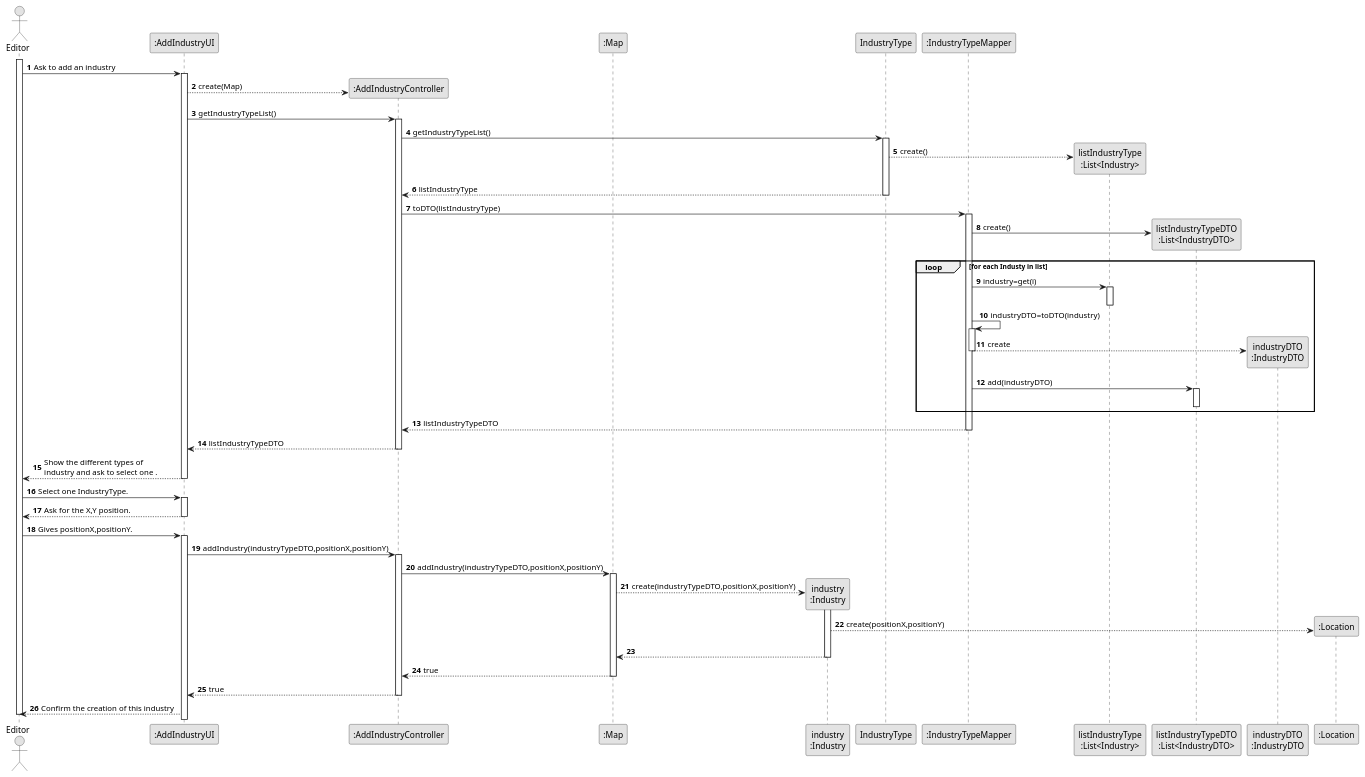
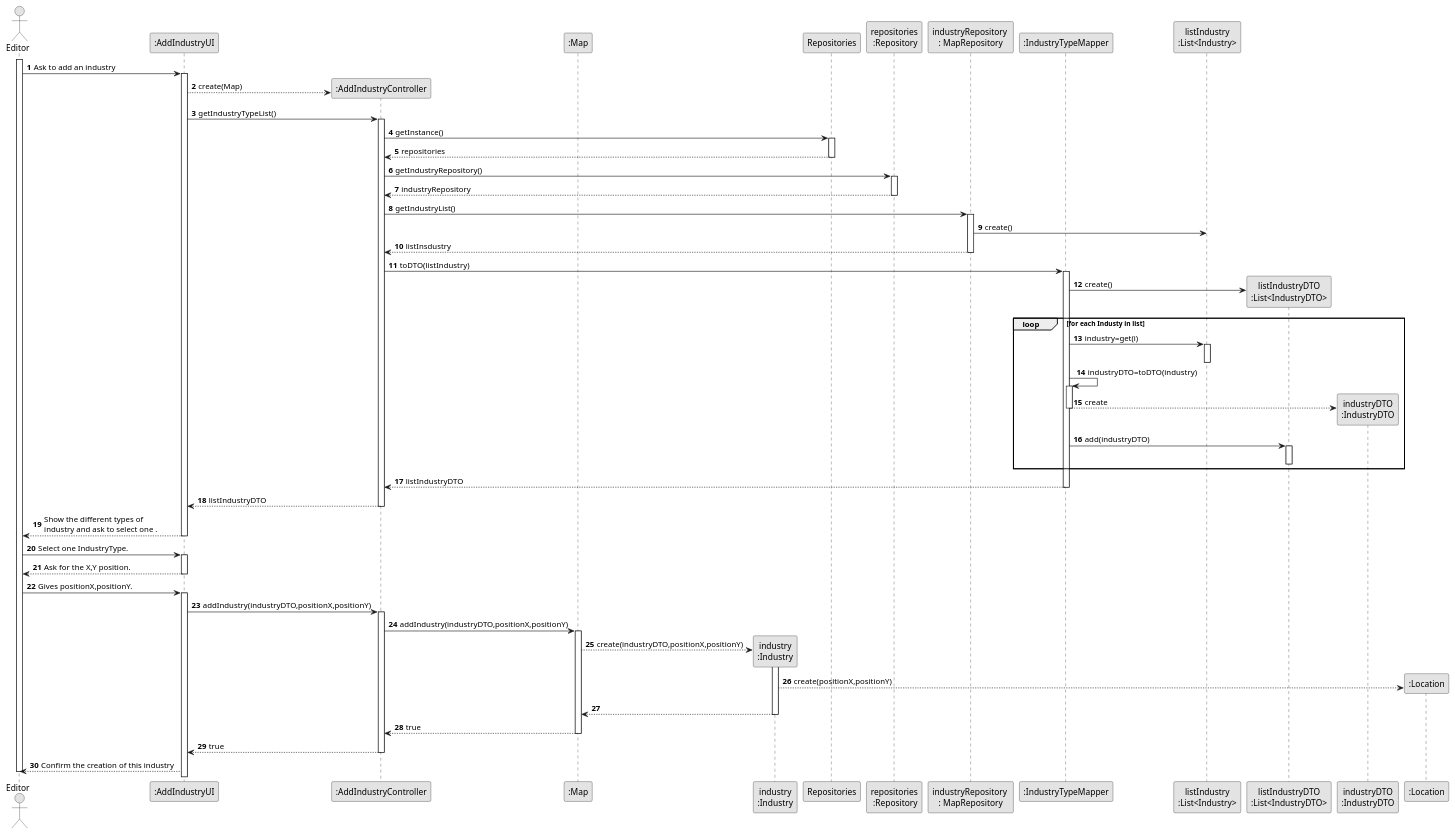
The diagram in docs/system-documentation/US002/03.design/puml/US002-SD-full.puml (1240826/empire-on-tracks), drawn with PlantUML before and after one commit.

```diff
--- a/docs/system-documentation/US002/03.design/puml/US002-SD-full.puml
+++ b/docs/system-documentation/US002/03.design/puml/US002-SD-full.puml
@@ -1,88 +1,101 @@
 @startuml
 skinparam monochrome true
 skinparam packageStyle rectangle
 skinparam shadowing false
 
 autonumber
 
 actor "Editor" as Editor
 participant ":AddIndustryUI" as UI
 participant ":AddIndustryController" as Controller
 
 participant ":Map" as Map
 participant "industry\n:Industry" as Industry
-participant "IndustryType" as Type
+
+participant "Repositories" as Rep
+participant "repositories\n :Repository" as Repos
+participant "industryRepository \n: MapRepository" as Repository
+
 participant ":IndustryTypeMapper" as Mapper
-participant "listIndustryType\n:List<Industry>" as list
+participant "listIndustry\n:List<Industry>" as list
 
-participant "listIndustryTypeDTO\n:List<IndustryDTO>" as listDTO
+participant "listIndustryDTO\n:List<IndustryDTO>" as listDTO
 participant "industryDTO\n:IndustryDTO" as objDTO
 
 
 participant ":Location" as Location
 
 activate Editor
 
 Editor -> UI : Ask to add an industry
 activate UI
 UI --> Controller**: create(Map)
 UI->Controller:getIndustryTypeList()
 activate Controller
-Controller->Type:getIndustryTypeList()
-activate Type
-Type-->list**:create()
-Type-->Controller:listIndustryType
-deactivate Type
+   Controller->Rep: getInstance()
+            activate Rep
 
-Controller->Mapper: toDTO(listIndustryType)
+            Rep-->Controller:repositories
+            deactivate Rep
+            Controller->Repos:getIndustryRepository()
+            activate Repos
+            Repos--> Controller:industryRepository
+            deactivate Repos
+            Controller->Repository:getIndustryList()
+            activate Repository
+            Repository->list:create()
+            Repository-->Controller:listInsdustry
+            deactivate
+
+Controller->Mapper: toDTO(listIndustry)
 activate Mapper
 Mapper->listDTO**:create()
 loop for each Industy in list
 Mapper->list:industry=get(i)
 activate list
 deactivate list
 
 Mapper->Mapper:industryDTO=toDTO(industry)
 activate Mapper
 Mapper-->objDTO**:create
 deactivate Mapper
 Mapper->listDTO:add(industryDTO)
 activate listDTO
 deactivate listDTO
 end
-Mapper-->Controller:listIndustryTypeDTO
+Mapper-->Controller:listIndustryDTO
 deactivate
-Controller-->UI:listIndustryTypeDTO
+Controller-->UI:listIndustryDTO
 deactivate Controller
 UI-->Editor:Show the different types of \nindustry and ask to select one .
 deactivate UI
 Editor->UI:Select one IndustryType.
 activate UI
 UI-->Editor:Ask for the X,Y position.
 deactivate UI
 Editor->UI:Gives positionX,positionY.
 activate UI
-UI->Controller:addIndustry(industryTypeDTO,positionX,positionY)
+UI->Controller:addIndustry(industryDTO,positionX,positionY)
 activate Controller
-Controller->Map:addIndustry(industryTypeDTO,positionX,positionY)
+Controller->Map:addIndustry(industryDTO,positionX,positionY)
 activate Map
-Map-->Industry**:create(industryTypeDTO,positionX,positionY)
+Map-->Industry**:create(industryDTO,positionX,positionY)
 activate Industry
 Industry-->Location**:create(positionX,positionY)
 Industry-->Map
 deactivate Industry
 Map-->Controller:true
 deactivate Map
 Controller-->UI:true
 deactivate Controller
 UI-->Editor:Confirm the creation of this industry
 
 
 
 
 
 
 
 
 deactivate Editor
 @enduml
```
